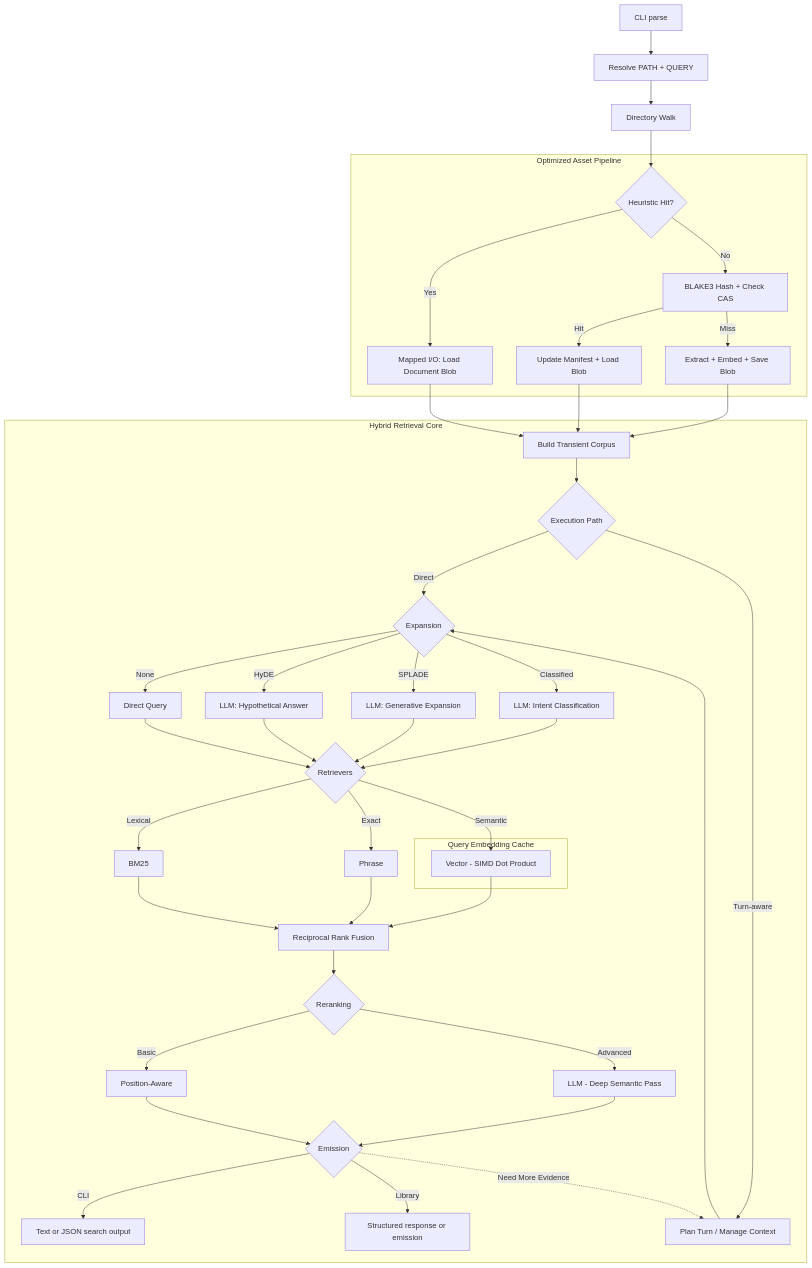
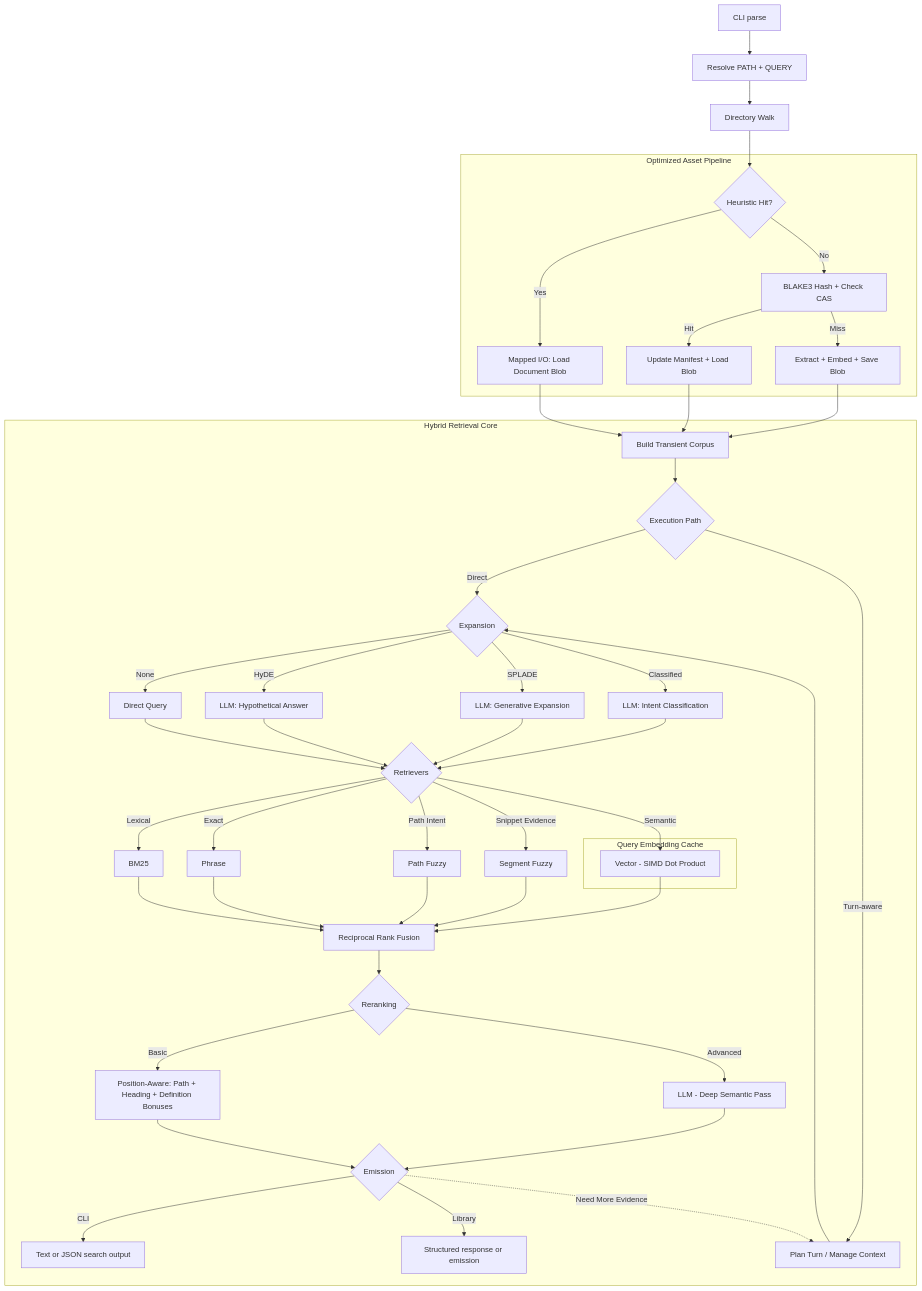
The diagram in README.md (rupurt/sift), drawn with Mermaid before and after one commit. The commit also changed other lines of this file and 21 other files, not shown here.

````diff
--- a/README.md
+++ b/README.md
@@ -293,53 +312,57 @@
 ```mermaid
 flowchart TD
   A[CLI parse] --> B[Resolve PATH + QUERY]
   B --> C[Directory Walk]
 
   subgraph Pipeline ["Optimized Asset Pipeline"]
     C1{Heuristic Hit?} -->|Yes| C2[Mapped I/O: Load Document Blob]
     C1 -->|No| C3[BLAKE3 Hash + Check CAS]
     C3 -->|Hit| C4[Update Manifest + Load Blob]
     C3 -->|Miss| C5[Extract + Embed + Save Blob]
   end
 
   C --> C1
   C2 --> D[Build Transient Corpus]
   C4 --> D
   C5 --> D
 
   subgraph Strategy ["Hybrid Retrieval Core"]
     D --> J{Execution Path}
     J -->|Direct| E{Expansion}
     J -->|Turn-aware| A0[Plan Turn / Manage Context]
     A0 --> E
     E -->|None| E1[Direct Query]
     E -->|HyDE| E2[LLM: Hypothetical Answer]
     E -->|SPLADE| E3[LLM: Generative Expansion]
     E -->|Classified| E4[LLM: Intent Classification]
 
     E1 --> F{Retrievers}
     E2 --> F
     E3 --> F
     E4 --> F
 
     F -->|Lexical| F1[BM25]
     F -->|Exact| F2[Phrase]
-    F -->|Semantic| F3[Vector - SIMD Dot Product]
+    F -->|Path Intent| F3[Path Fuzzy]
+    F -->|Snippet Evidence| F4[Segment Fuzzy]
+    F -->|Semantic| F5[Vector - SIMD Dot Product]
 
     subgraph QueryCache ["Query Embedding Cache"]
-      F3
+      F5
     end
 
     F1 --> G[Reciprocal Rank Fusion]
     F2 --> G
     F3 --> G
+    F4 --> G
+    F5 --> G
     G --> H{Reranking}
-    H -->|Basic| H1[Position-Aware]
+    H -->|Basic| H1[Position-Aware: Path + Heading + Definition Bonuses]
     H -->|Advanced| H2[LLM - Deep Semantic Pass]
     H1 --> K{Emission}
     H2 --> K
     K -->|CLI| I[Text or JSON search output]
     K -->|Library| I2[Structured response or emission]
     K -.->|Need More Evidence| A0
   end
 ```
````
